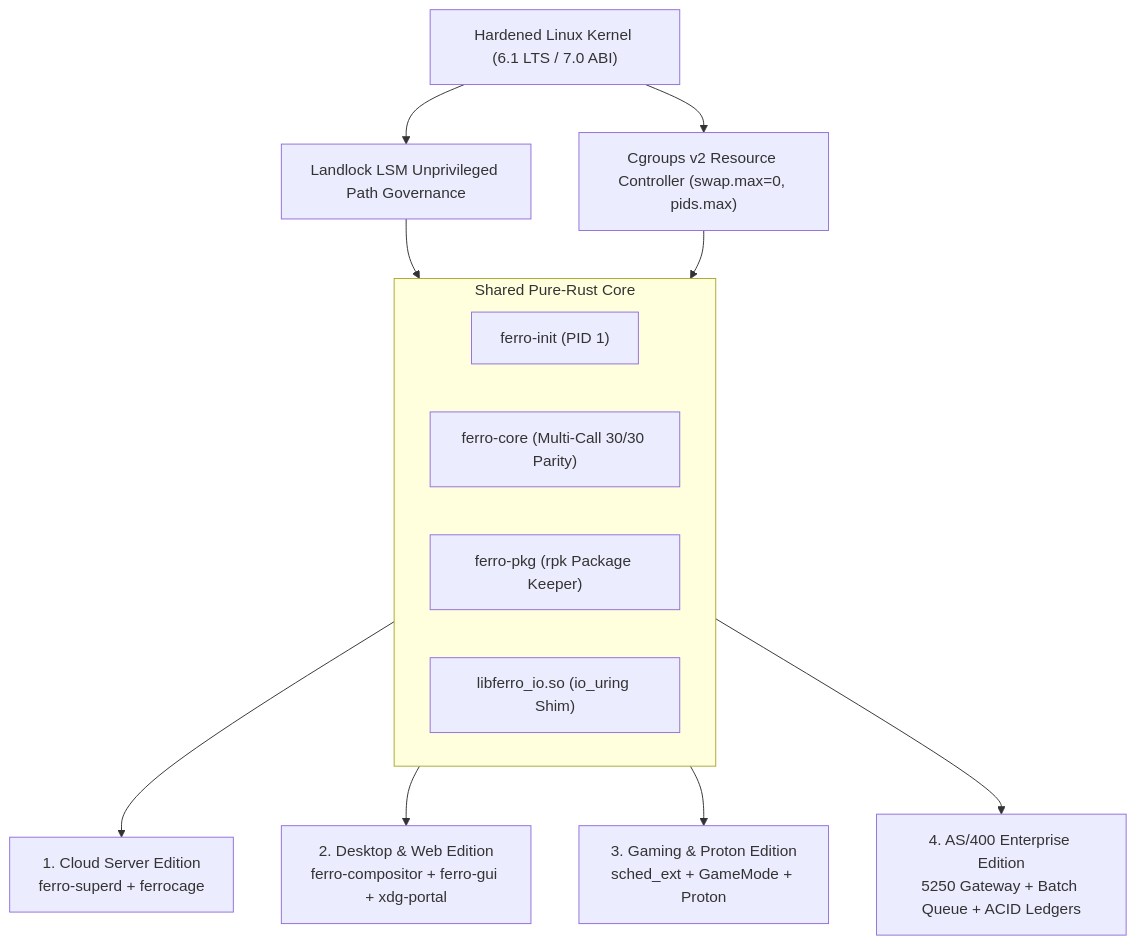
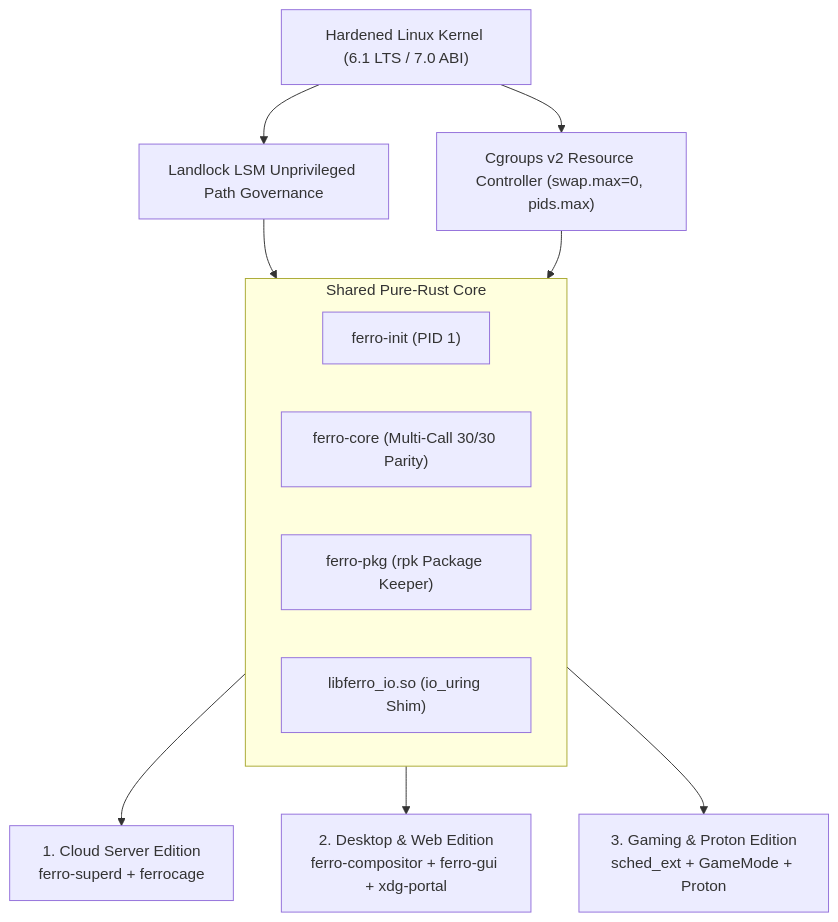
Before and after one commit to Praveen-1308/ferro-os: the diagram in docs/editions/README.md, drawn with Mermaid. The commit also changed other lines of this file and 25 other files, not shown here.

Commit message:
refactor: completely remove experimental AS/400 enterprise edition code, tools, telemetry and documentation

````diff
--- a/docs/editions/README.md
+++ b/docs/editions/README.md
@@ -23,23 +22,22 @@
 ```mermaid
 graph TD
     Kernel["Hardened Linux Kernel (6.1 LTS / 7.0 ABI)"]
     LSM["Landlock LSM Unprivileged Path Governance"]
     Cgroups["Cgroups v2 Resource Controller (swap.max=0, pids.max)"]
     
     Kernel --> LSM
     Kernel --> Cgroups
     
     subgraph Core ["Shared Pure-Rust Core"]
         Init["ferro-init (PID 1)"]
         Coreutils["ferro-core (Multi-Call 30/30 Parity)"]
         Pkg["ferro-pkg (rpk Package Keeper)"]
         IO["libferro_io.so (io_uring Shim)"]
     end
     
     LSM & Cgroups --> Core
     
     Core --> Cloud["1. Cloud Server Edition<br/>ferro-superd + ferrocage"]
     Core --> Desktop["2. Desktop & Web Edition<br/>ferro-compositor + ferro-gui + xdg-portal"]
     Core --> Gaming["3. Gaming & Proton Edition<br/>sched_ext + GameMode + Proton"]
-    Core --> AS400["4. AS/400 Enterprise Edition<br/>5250 Gateway + Batch Queue + ACID Ledgers"]
 ```
````
